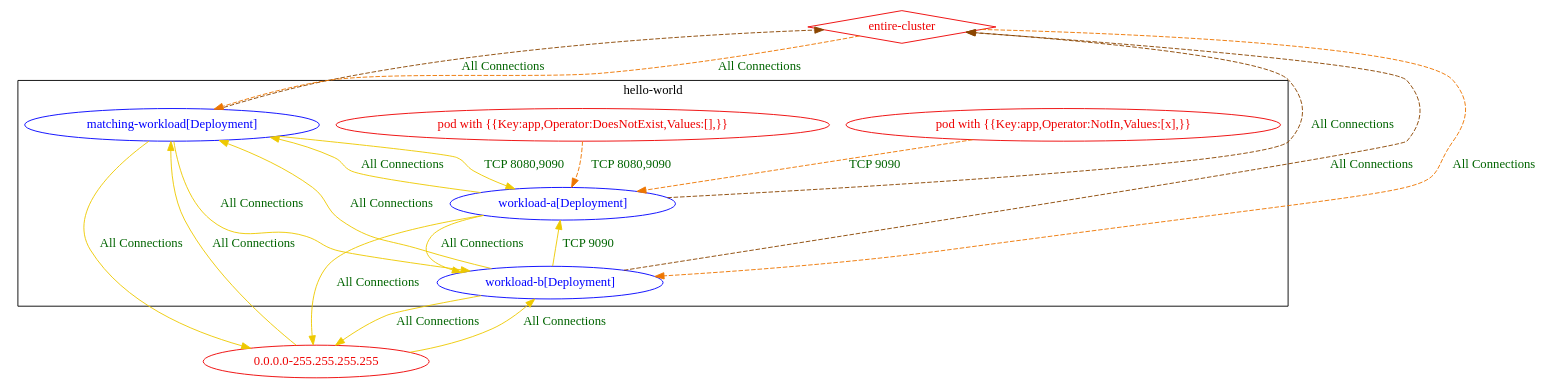
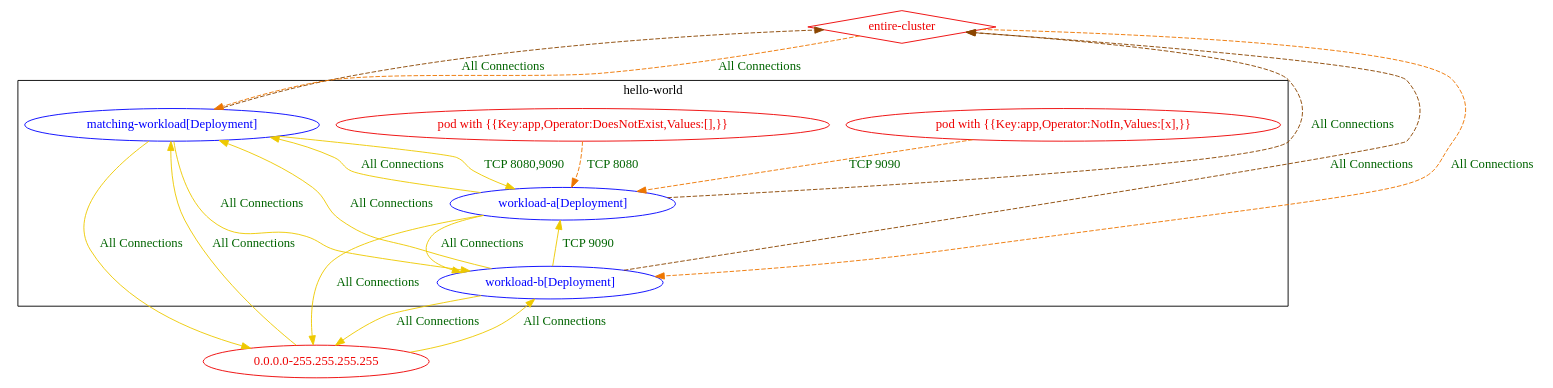
Before and after one commit to np-guard/netpol-analyzer: the diagram in test_outputs/connlist/exposure_test_exposure_with_different_rules_3_with_matching_pod_connlist_output.dot, drawn with Graphviz. The commit also changed 119 other files, not shown here.

```diff
--- a/test_outputs/connlist/exposure_test_exposure_with_different_rules_3_with_matching_pod_connlist_output.dot
+++ b/test_outputs/connlist/exposure_test_exposure_with_different_rules_3_with_matching_pod_connlist_output.dot
@@ -1,32 +1,32 @@
 digraph {
 	subgraph "cluster_hello_world" {
 		color="black"
 		fontcolor="black"
 		"hello-world/matching-workload[Deployment]" [label="matching-workload[Deployment]" color="blue" fontcolor="blue"]
 		"hello-world/workload-a[Deployment]" [label="workload-a[Deployment]" color="blue" fontcolor="blue"]
 		"hello-world/workload-b[Deployment]" [label="workload-b[Deployment]" color="blue" fontcolor="blue"]
 		"pod with {{Key:app,Operator:DoesNotExist,Values:[],}}_in_hello-world" [label="pod with {{Key:app,Operator:DoesNotExist,Values:[],}}" color="red2" fontcolor="red2"]
 		"pod with {{Key:app,Operator:NotIn,Values:[x],}}_in_hello-world" [label="pod with {{Key:app,Operator:NotIn,Values:[x],}}" color="red2" fontcolor="red2"]
 		label="hello-world"
 	}
 	"0.0.0.0-255.255.255.255" [label="0.0.0.0-255.255.255.255" color="red2" fontcolor="red2"]
 	"entire-cluster" [label="entire-cluster" color="red2" fontcolor="red2" shape=diamond]
 	"0.0.0.0-255.255.255.255" -> "hello-world/matching-workload[Deployment]" [label="All Connections" color="gold2" fontcolor="darkgreen" weight=0.5]
 	"0.0.0.0-255.255.255.255" -> "hello-world/workload-b[Deployment]" [label="All Connections" color="gold2" fontcolor="darkgreen" weight=0.5]
 	"entire-cluster" -> "hello-world/matching-workload[Deployment]" [label="All Connections" color="darkorange2" fontcolor="darkgreen" weight=1 style=dashed]
 	"entire-cluster" -> "hello-world/workload-b[Deployment]" [label="All Connections" color="darkorange2" fontcolor="darkgreen" weight=1 style=dashed]
 	"hello-world/matching-workload[Deployment]" -> "0.0.0.0-255.255.255.255" [label="All Connections" color="gold2" fontcolor="darkgreen" weight=1]
 	"hello-world/matching-workload[Deployment]" -> "entire-cluster" [label="All Connections" color="darkorange4" fontcolor="darkgreen" weight=0.5 style=dashed]
 	"hello-world/matching-workload[Deployment]" -> "hello-world/workload-a[Deployment]" [label="TCP 8080,9090" color="gold2" fontcolor="darkgreen" weight=0.5]
 	"hello-world/matching-workload[Deployment]" -> "hello-world/workload-b[Deployment]" [label="All Connections" color="gold2" fontcolor="darkgreen" weight=0.5]
 	"hello-world/workload-a[Deployment]" -> "0.0.0.0-255.255.255.255" [label="All Connections" color="gold2" fontcolor="darkgreen" weight=1]
 	"hello-world/workload-a[Deployment]" -> "entire-cluster" [label="All Connections" color="darkorange4" fontcolor="darkgreen" weight=0.5 style=dashed]
 	"hello-world/workload-a[Deployment]" -> "hello-world/matching-workload[Deployment]" [label="All Connections" color="gold2" fontcolor="darkgreen" weight=1]
 	"hello-world/workload-a[Deployment]" -> "hello-world/workload-b[Deployment]" [label="All Connections" color="gold2" fontcolor="darkgreen" weight=0.5]
 	"hello-world/workload-b[Deployment]" -> "0.0.0.0-255.255.255.255" [label="All Connections" color="gold2" fontcolor="darkgreen" weight=1]
 	"hello-world/workload-b[Deployment]" -> "entire-cluster" [label="All Connections" color="darkorange4" fontcolor="darkgreen" weight=0.5 style=dashed]
 	"hello-world/workload-b[Deployment]" -> "hello-world/matching-workload[Deployment]" [label="All Connections" color="gold2" fontcolor="darkgreen" weight=1]
 	"hello-world/workload-b[Deployment]" -> "hello-world/workload-a[Deployment]" [label="TCP 9090" color="gold2" fontcolor="darkgreen" weight=1]
-	"pod with {{Key:app,Operator:DoesNotExist,Values:[],}}_in_hello-world" -> "hello-world/workload-a[Deployment]" [label="TCP 8080,9090" color="darkorange2" fontcolor="darkgreen" weight=1 style=dashed]
+	"pod with {{Key:app,Operator:DoesNotExist,Values:[],}}_in_hello-world" -> "hello-world/workload-a[Deployment]" [label="TCP 8080" color="darkorange2" fontcolor="darkgreen" weight=1 style=dashed]
 	"pod with {{Key:app,Operator:NotIn,Values:[x],}}_in_hello-world" -> "hello-world/workload-a[Deployment]" [label="TCP 9090" color="darkorange2" fontcolor="darkgreen" weight=1 style=dashed]
 }
```
